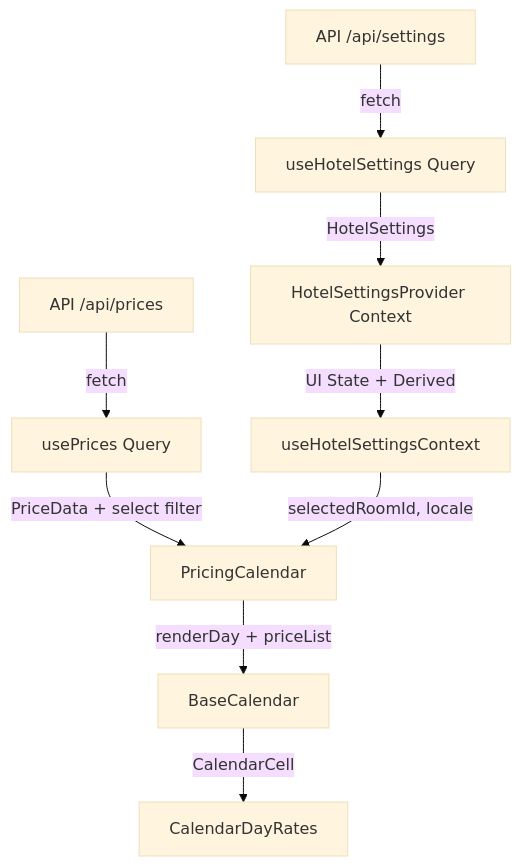
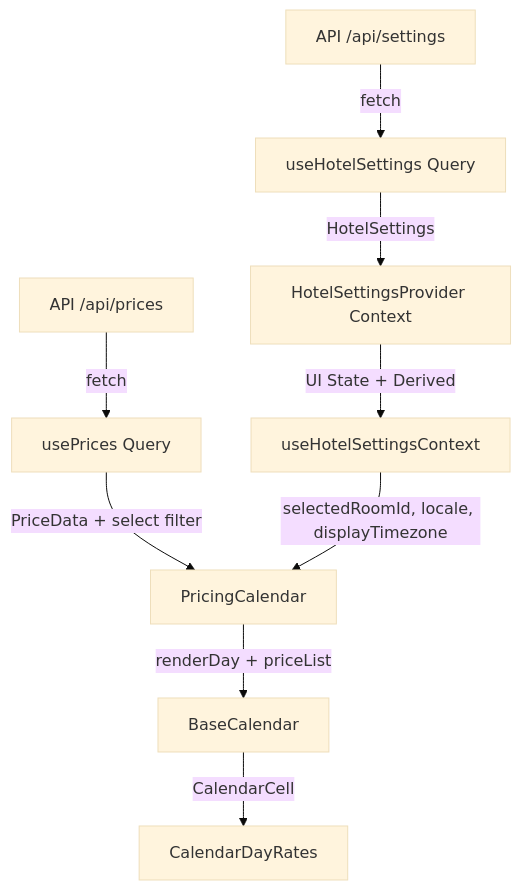
Before and after one commit to christianjtr/dynamic-pricing-calendar: the diagram in README.md, drawn with Mermaid (base theme). The commit also changed other lines of this file, not shown here.

````diff
--- a/README.md
+++ b/README.md
@@ -40,11 +40,11 @@
 ```mermaid
 flowchart TD
     A[API /api/settings] -->|fetch| B[useHotelSettings Query]
     C[API /api/prices] -->|fetch| D[usePrices Query]
     B -->|HotelSettings| E[HotelSettingsProvider Context]
     E -->|UI State + Derived| F[useHotelSettingsContext]
     D -->|PriceData + select filter| G[PricingCalendar]
-    F -->|selectedRoomId, locale| G
+    F -->|selectedRoomId, locale, displayTimezone| G
     G -->|renderDay + priceList| H[BaseCalendar]
     H -->|CalendarCell| I[CalendarDayRates]
 ```
````
